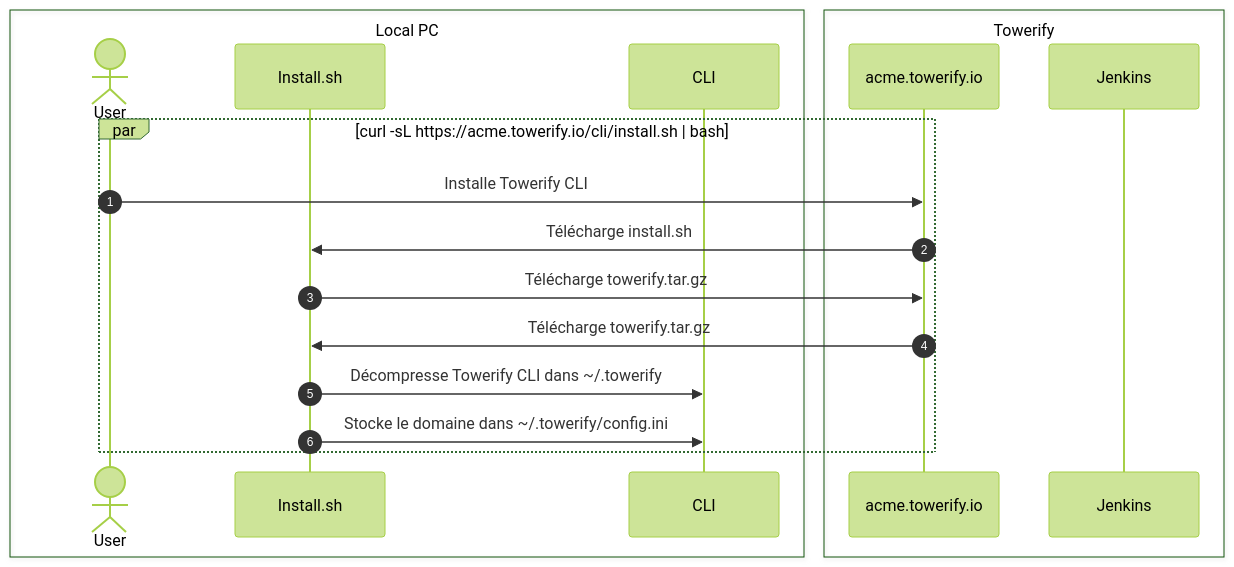
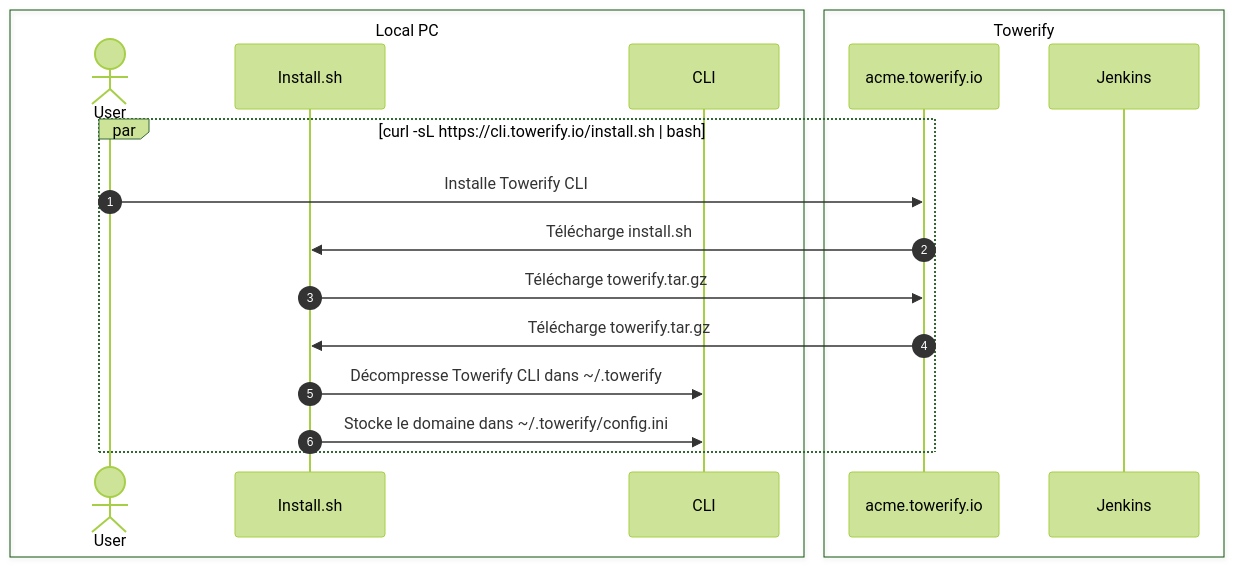
The first of 4 diagrams in docs/towerify/cli/interne/coder.md (computablefacts/towerify-docs), drawn with Mermaid (forest theme) before and after one commit. The commit also changed other lines of this file and 2 other files, not shown here.

Commit message:
Change acme.towerify.io/cli to cli.towerify.io

````diff
--- a/docs/towerify/cli/interne/coder.md
+++ b/docs/towerify/cli/interne/coder.md
@@ -48,24 +48,24 @@
 ``` mermaid
 sequenceDiagram
   autonumber
   box Local PC
     actor User
     participant Install as Install.sh
     participant CLI
   end
 
   box Towerify
     participant AppCLI as acme.towerify.io
     participant Jenkins
   end
 
-  par curl -sL https://acme.towerify.io/cli/install.sh | bash
+  par curl -sL https://cli.towerify.io/install.sh | bash
     User ->> AppCLI: Installe Towerify CLI
     AppCLI ->> Install: Télécharge install.sh
 
     Install ->> AppCLI: Télécharge towerify.tar.gz
     AppCLI ->> Install: Télécharge towerify.tar.gz
     Install ->> CLI: Décompresse Towerify CLI dans ~/.towerify
     Install ->> CLI: Stocke le domaine dans ~/.towerify/config.ini
   end
 ```
````
